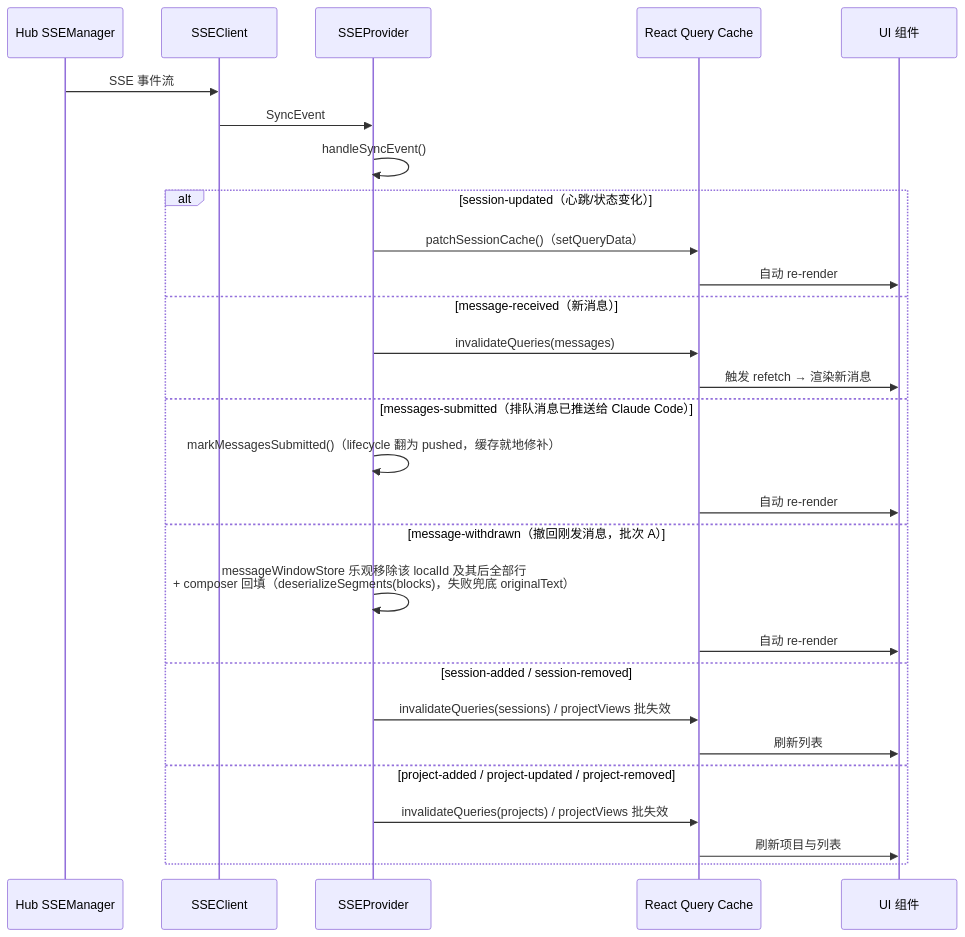
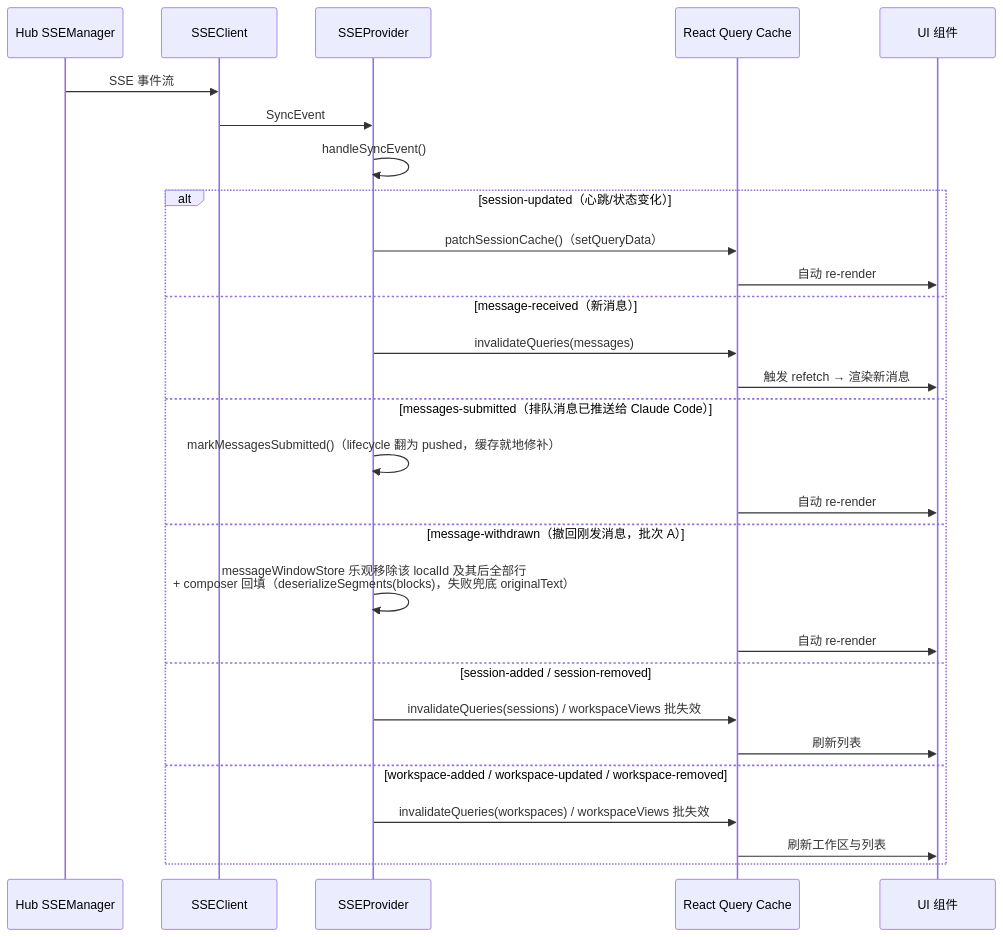
The third of 5 diagrams in docs/architecture/web/README.md (ModuBit/mobi), drawn with Mermaid before and after one commit. The commit also changed other lines of this file and 188 other files, not shown here.

````diff
--- a/docs/architecture/web/README.md
+++ b/docs/architecture/web/README.md
@@ -442,32 +442,32 @@
 ```mermaid
 sequenceDiagram
     participant Hub as Hub SSEManager
     participant SSEClient as SSEClient
     participant Provider as SSEProvider
     participant QC as React Query Cache
     participant UI as UI 组件
 
     Hub->>SSEClient: SSE 事件流
     SSEClient->>Provider: SyncEvent
     Provider->>Provider: handleSyncEvent()
 
     alt session-updated（心跳/状态变化）
         Provider->>QC: patchSessionCache()（setQueryData）
         QC->>UI: 自动 re-render
     else message-received（新消息）
         Provider->>QC: invalidateQueries(messages)
         QC->>UI: 触发 refetch → 渲染新消息
     else messages-submitted（排队消息已推送给 Claude Code）
         Provider->>Provider: markMessagesSubmitted()（lifecycle 翻为 pushed，缓存就地修补）
         QC->>UI: 自动 re-render
     else message-withdrawn（撤回刚发消息，批次 A）
         Provider->>Provider: messageWindowStore 乐观移除该 localId 及其后全部行<br/>+ composer 回填（deserializeSegments(blocks)，失败兜底 originalText）
         QC->>UI: 自动 re-render
     else session-added / session-removed
-        Provider->>QC: invalidateQueries(sessions) / projectViews 批失效
+        Provider->>QC: invalidateQueries(sessions) / workspaceViews 批失效
         QC->>UI: 刷新列表
-    else project-added / project-updated / project-removed
-        Provider->>QC: invalidateQueries(projects) / projectViews 批失效
-        QC->>UI: 刷新项目与列表
+    else workspace-added / workspace-updated / workspace-removed
+        Provider->>QC: invalidateQueries(workspaces) / workspaceViews 批失效
+        QC->>UI: 刷新工作区与列表
     end
 ```
````
